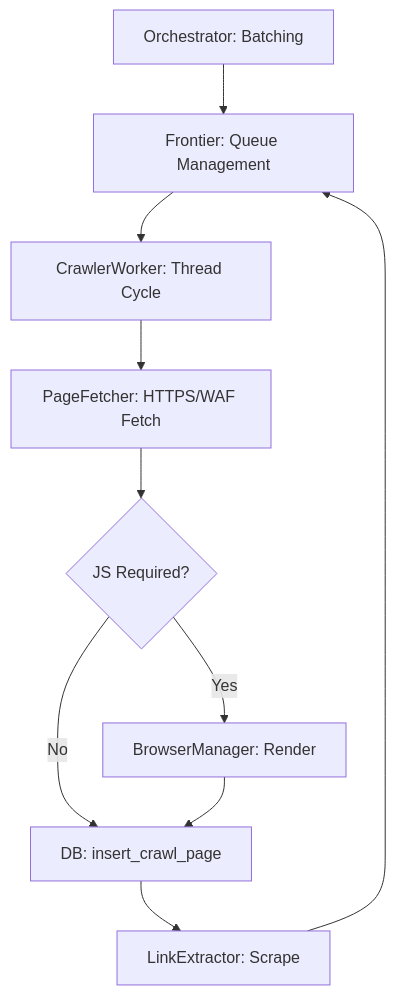
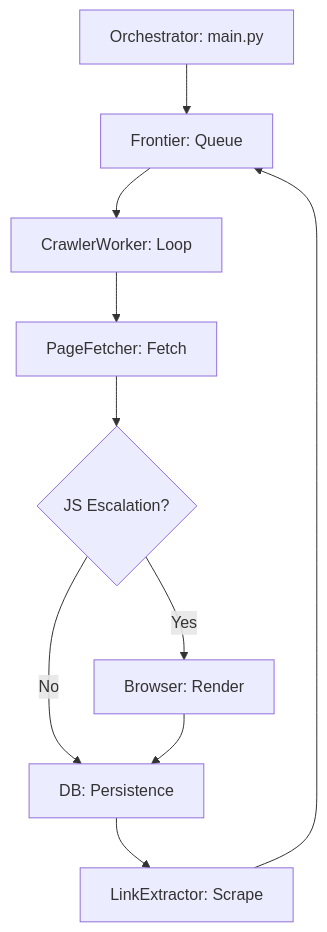
Before and after one commit to Ailover123/Defacement-Detection-System: the diagram in baseline-crawler/docs/crawl_mode.md, drawn with Mermaid. The commit also changed other lines of this file, not shown here.

````diff
--- a/baseline-crawler/docs/crawl_mode.md
+++ b/baseline-crawler/docs/crawl_mode.md
@@ -138,12 +110,12 @@
 ```mermaid
 graph TD
-    A[Orchestrator: Batching] --> B[Frontier: Queue Management]
-    B --> C[CrawlerWorker: Thread Cycle]
-    C --> D[PageFetcher: HTTPS/WAF Fetch]
-    D --> E{JS Required?}
-    E -- Yes --> F[BrowserManager: Render]
-    E -- No --> G[DB: insert_crawl_page]
+    A[Orchestrator: main.py] --> B[Frontier: Queue]
+    B --> C[CrawlerWorker: Loop]
+    C --> D[PageFetcher: Fetch]
+    D --> E{JS Escalation?}
+    E -- Yes --> F[Browser: Render]
+    E -- No --> G[DB: Persistence]
     F --> G
     G --> H[LinkExtractor: Scrape]
     H --> B
 ```
````
